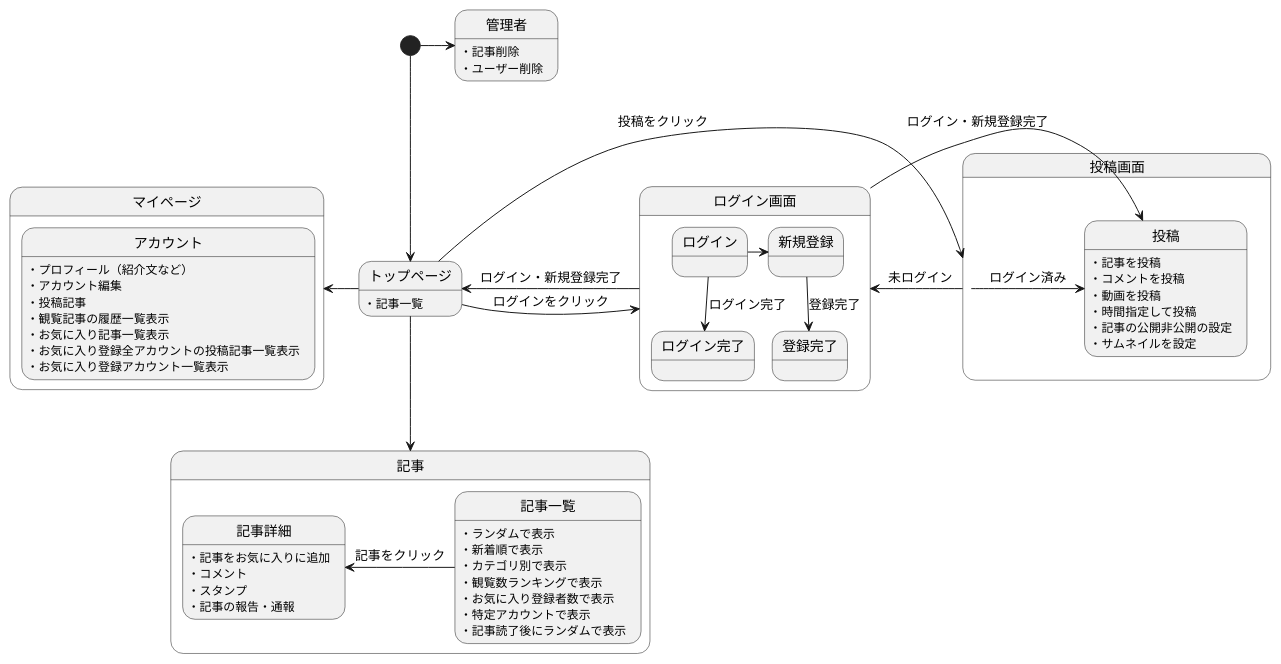
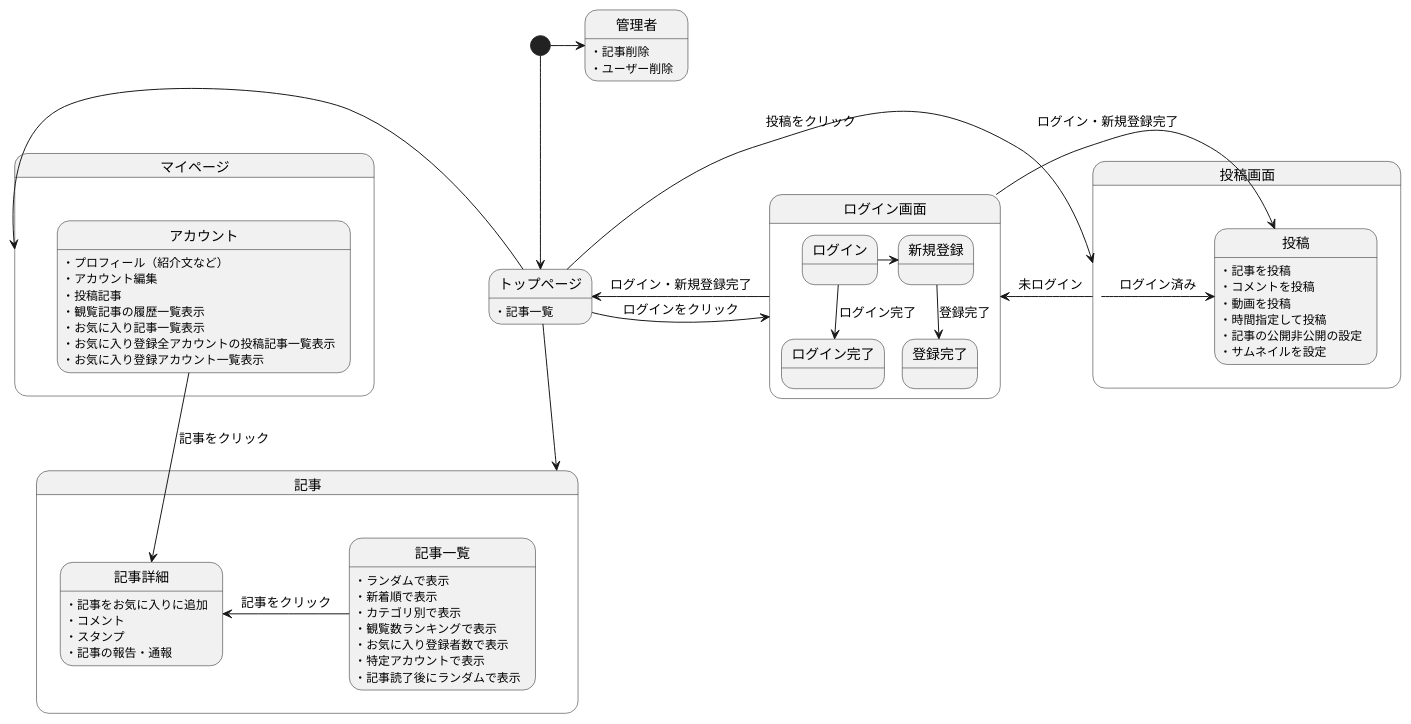
Before and after one commit to Aso2001001/2022System: the diagram in 後期画面遷移.md, drawn with PlantUML.

````diff
--- a/後期画面遷移.md
+++ b/後期画面遷移.md
@@ -1,73 +1,75 @@
 ```uml
 @startuml
 [*] --> トップページ
 
 
 トップページ -down-> 記事
 トップページ -left-> マイページ
 トップページ -> 投稿画面 : 投稿をクリック
 
 トップページ:・記事一覧
 
 トップページ -> ログイン画面 : ログインをクリック
 
 ログイン画面 -> トップページ : ログイン・新規登録完了
 
 state ログイン画面{
 ログイン -> 新規登録
 ログイン -down-> ログイン完了 : ログイン完了
 新規登録 -down-> 登録完了 : 登録完了
 }
 
 state 記事{
 記事一覧 -left-> 記事詳細 : 記事をクリック
 
 記事一覧:・ランダムで表示
 記事一覧:・新着順で表示
 記事一覧:・カテゴリ別で表示
 記事一覧:・観覧数ランキングで表示
 記事一覧:・お気に入り登録者数で表示
 記事一覧:・特定アカウントで表示
 記事一覧:・記事読了後にランダムで表示
 
 記事詳細:・記事をお気に入りに追加
 記事詳細:・コメント
 記事詳細:・スタンプ
 記事詳細:・記事の報告・通報
 
 }
 
 state 投稿画面{
 投稿画面 -> ログイン画面 : 未ログイン
 投稿画面 -> 投稿 : ログイン済み
 ログイン画面 -> 投稿 :ログイン・新規登録完了
 
 投稿:・記事を投稿
 投稿:・コメントを投稿
 投稿:・動画を投稿
 投稿:・時間指定して投稿
 投稿:・記事の公開非公開の設定
 投稿:・サムネイルを設定
 
 }
 
 state マイページ{
 
+アカウント -> 記事詳細 : 記事をクリック
+
 アカウント:・プロフィール（紹介文など）
 アカウント:・アカウント編集
 アカウント:・投稿記事
 アカウント:・観覧記事の履歴一覧表示
 アカウント:・お気に入り記事一覧表示
 アカウント:・お気に入り登録全アカウントの投稿記事一覧表示
 アカウント:・お気に入り登録アカウント一覧表示
 
 }
 
 
 [*] -right-> 管理者
 管理者:・記事削除
 管理者:・ユーザー削除
 
 
 @enduml
 ```
````
